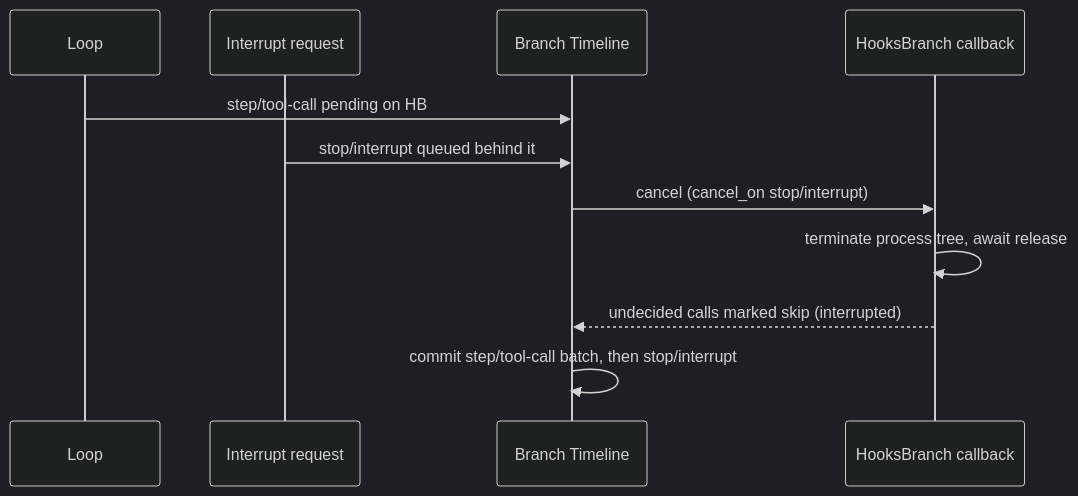
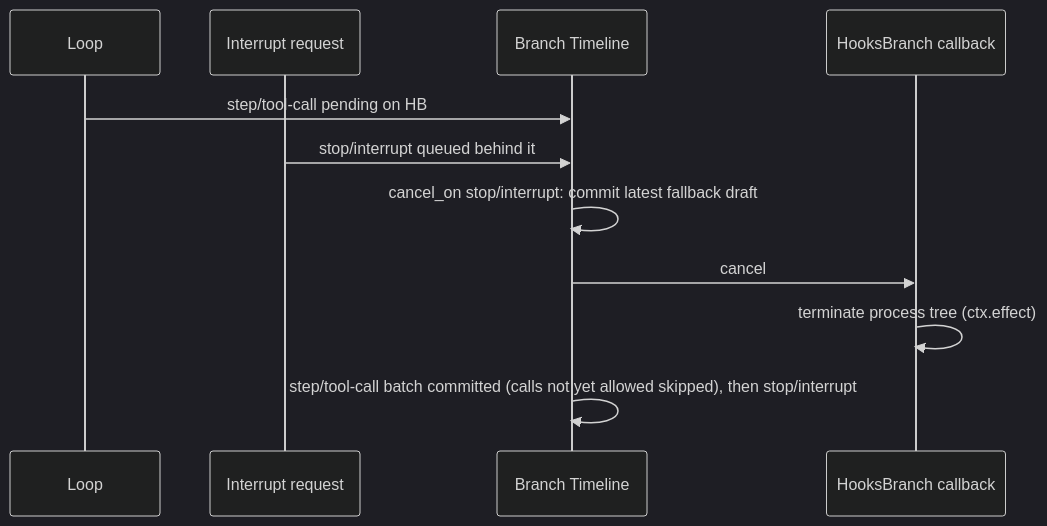
Before and after one commit to CoutinhoTTS/dim-agent: the seventh of 7 diagrams in docs/design/plugins/Hooks.md, drawn with Mermaid (dark theme). The commit also changed other lines of this file and 40 other files, not shown here.

````diff
--- a/docs/design/plugins/Hooks.md
+++ b/docs/design/plugins/Hooks.md
@@ -171,13 +169,13 @@
 ```mermaid
 sequenceDiagram
   participant LP as Loop
   participant U as Interrupt request
   participant TL as Branch Timeline
   participant HB as HooksBranch callback
   LP->>TL: step/tool-call pending on HB
   U->>TL: stop/interrupt queued behind it
-  TL->>HB: cancel (cancel_on stop/interrupt)
-  HB->>HB: terminate process tree, await release
-  HB-->>TL: undecided calls marked skip (interrupted)
-  TL->>TL: commit step/tool-call batch, then stop/interrupt
+  TL->>TL: cancel_on stop/interrupt: commit latest fallback draft
+  TL->>HB: cancel
+  HB->>HB: terminate process tree (ctx.effect)
+  TL->>TL: step/tool-call batch committed (calls not yet allowed skipped), then stop/interrupt
 ```
````
